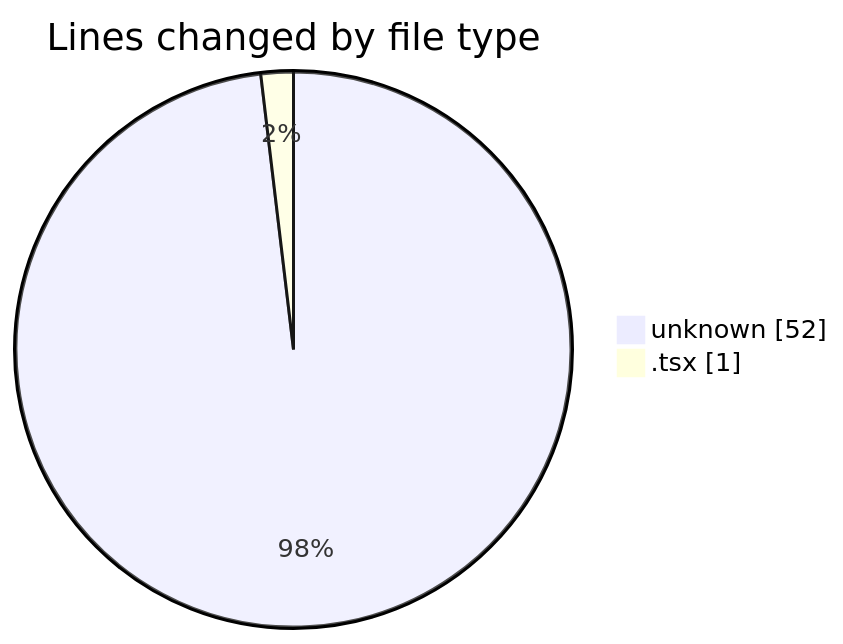
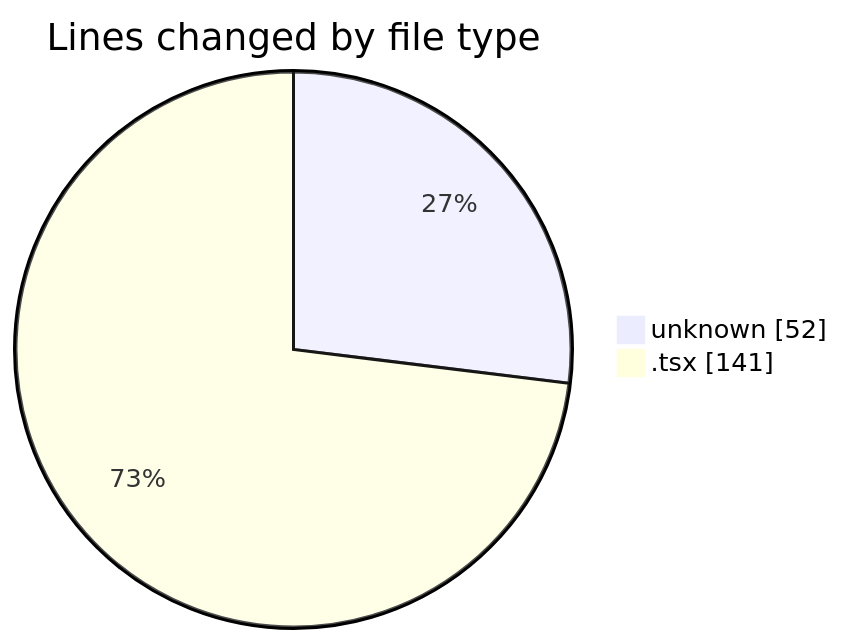
The first of 2 diagrams in 2025-06-02/ecodeli-1/README.md (CELIANVF/code-tracking), drawn with Mermaid before and after one commit. The commit also changed other lines of this file and 1 other file, not shown here.

````diff
--- a/2025-06-02/ecodeli-1/README.md
+++ b/2025-06-02/ecodeli-1/README.md
@@ -21,6 +22,6 @@
 ```mermaid
 pie showData
 title Lines changed by file type
 "unknown" : 52
-".tsx" : 1
+".tsx" : 141
 ```
````
